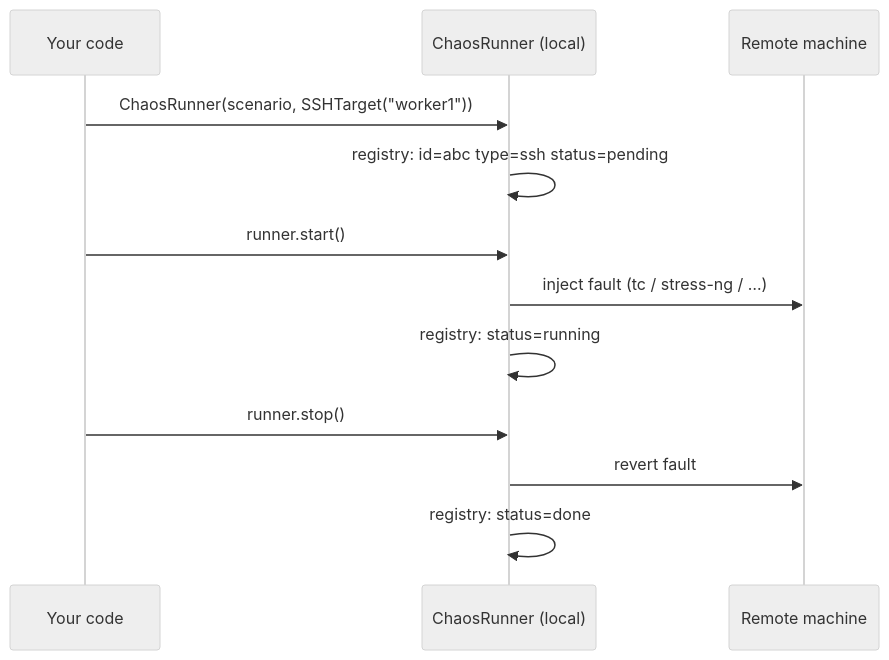
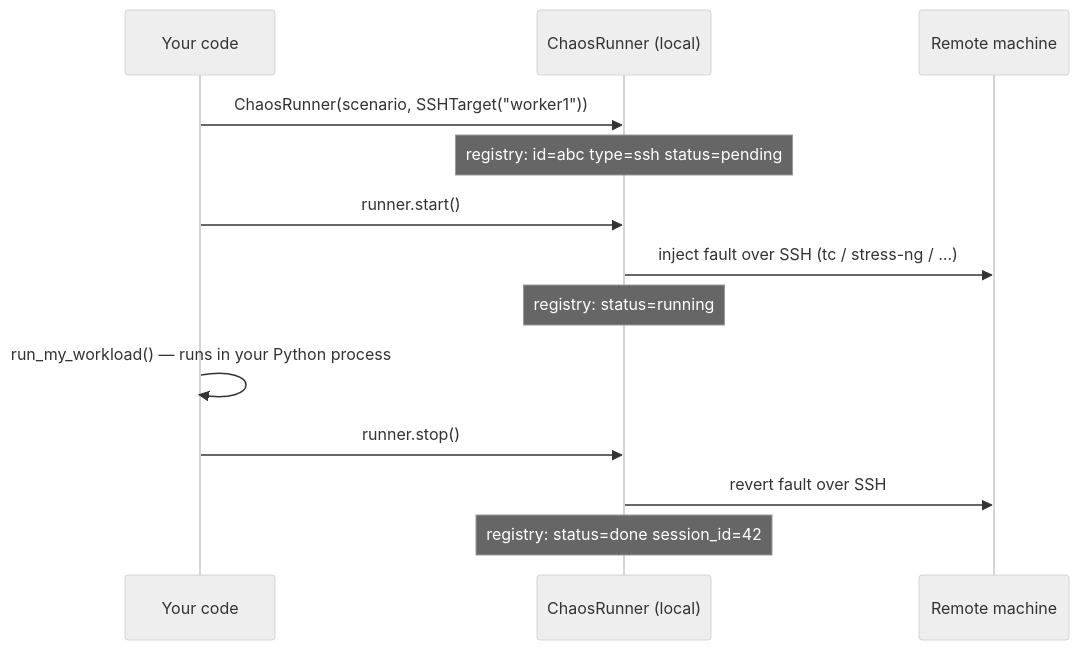
One commit to swarmourr/CJ changed the first of 2 diagrams in docs/guides/registry.rst. Above: the diagram before and after it, drawn with Mermaid (neutral theme). The commit also changed other lines of this file and 2 other files, not shown here.

First line of the commit message:
docs: clarify registry purpose — tracks fault sessions, not workload; fix CLI command name

```diff
--- a/docs/guides/registry.rst
+++ b/docs/guides/registry.rst
@@ -18,15 +38,16 @@
 .. mermaid::
 
    sequenceDiagram
        participant U as Your code
        participant CJ as ChaosRunner (local)
        participant R as Remote machine
 
        U->>CJ: ChaosRunner(scenario, SSHTarget("worker1"))
-       CJ->>CJ: registry: id=abc  type=ssh  status=pending
+       Note over CJ: registry: id=abc  type=ssh  status=pending
        U->>CJ: runner.start()
-       CJ->>R: inject fault (tc / stress-ng / …)
-       CJ->>CJ: registry: status=running
+       CJ->>R: inject fault over SSH (tc / stress-ng / …)
+       Note over CJ: registry: status=running
+       U->>U: run_my_workload()  — runs in your Python process
        U->>CJ: runner.stop()
-       CJ->>R: revert fault
-       CJ->>CJ: registry: status=done
+       CJ->>R: revert fault over SSH
+       Note over CJ: registry: status=done  session_id=42
```
